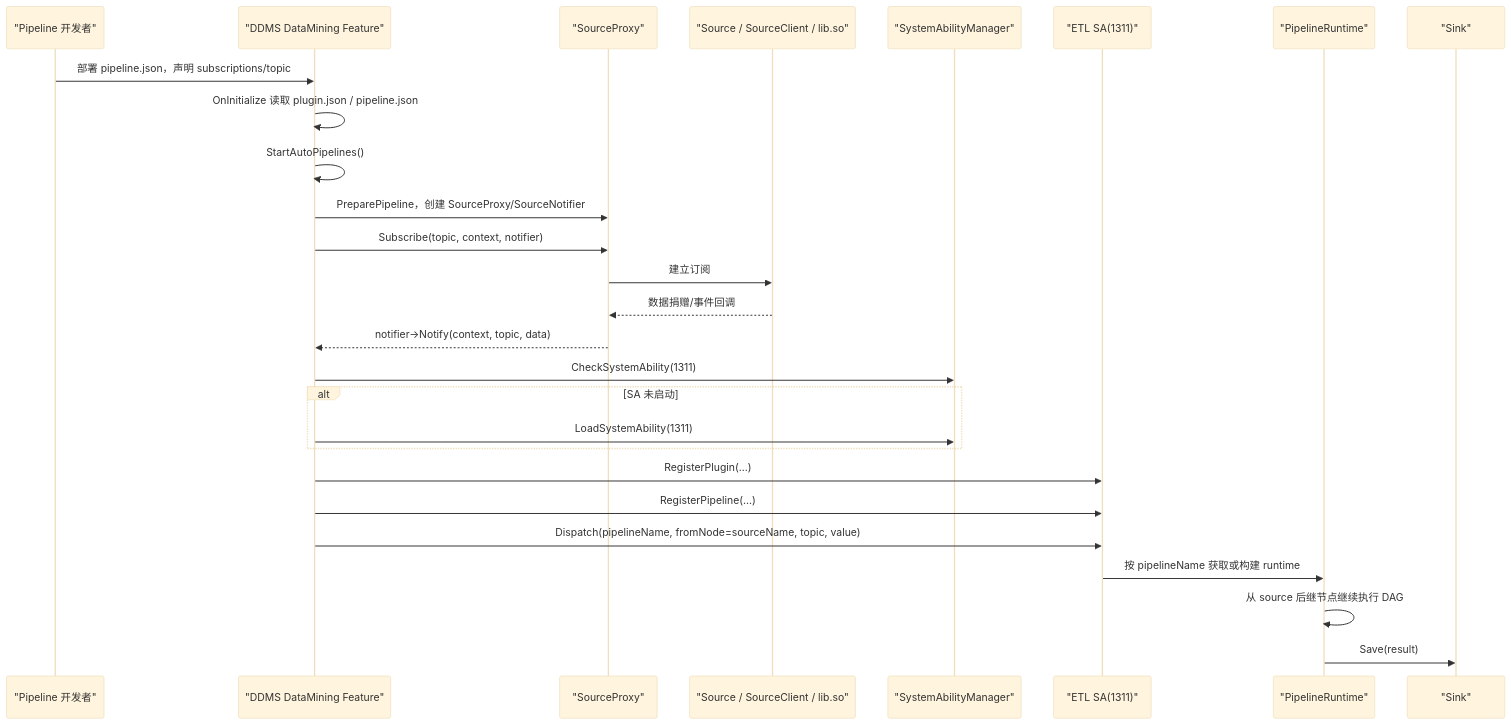
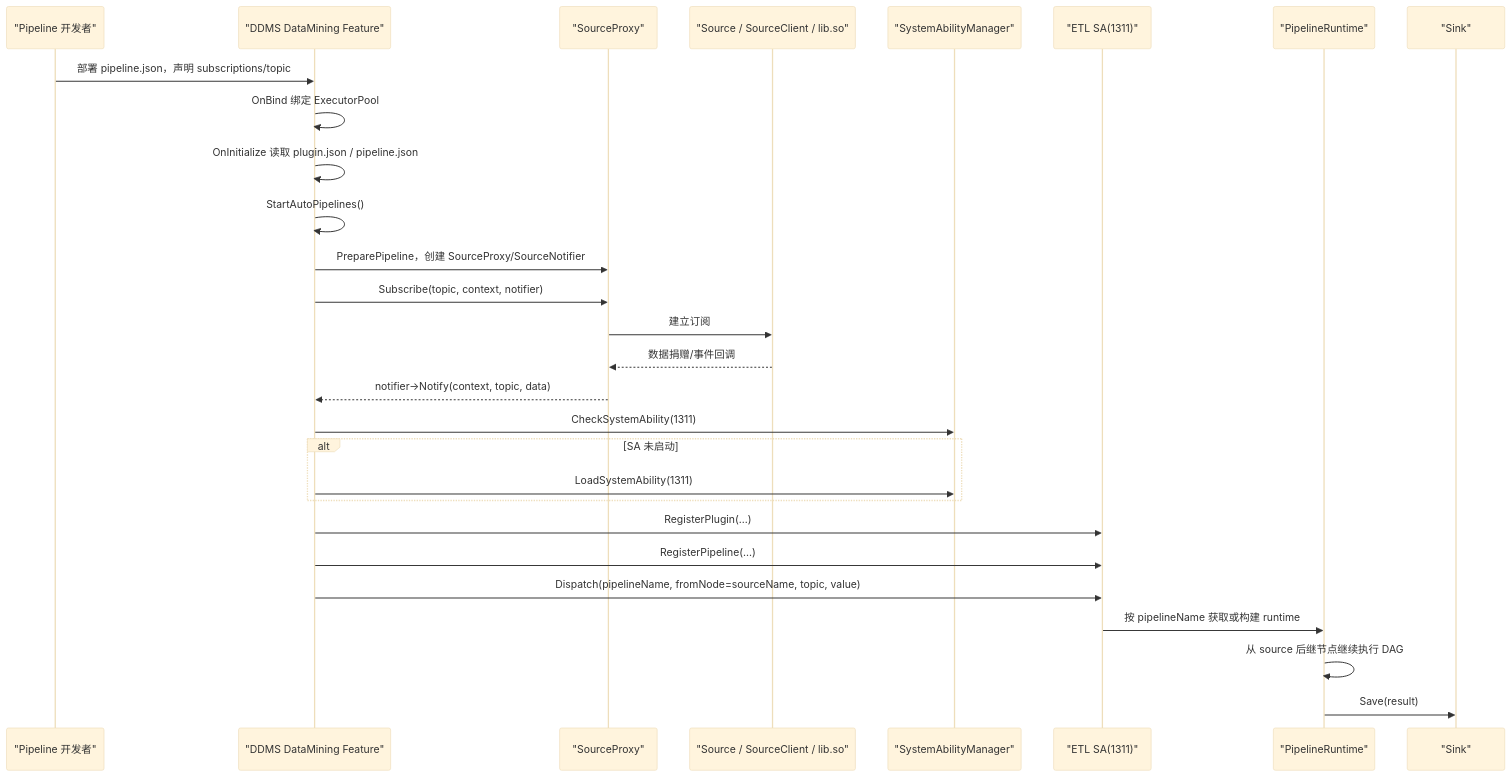
Before and after one commit to eclipse-oniro-mirrors/distributeddatamgr_datamgr_service: the second of 3 diagrams in services/distributeddataservice/service/data_mining/README.md, drawn with Mermaid (base theme). The commit also changed other lines of this file and 1 other file, not shown here.

````diff
--- a/services/distributeddataservice/service/data_mining/README.md
+++ b/services/distributeddataservice/service/data_mining/README.md
@@ -173,30 +176,31 @@
 ```mermaid
 sequenceDiagram
     participant Dev as "Pipeline 开发者"
     participant DDMS as "DDMS DataMining Feature"
     participant Proxy as "SourceProxy"
     participant Source as "Source / SourceClient / lib.so"
     participant SAM as "SystemAbilityManager"
     participant ETL as "ETL SA(1311)"
     participant Runtime as "PipelineRuntime"
     participant Sink as "Sink"
 
     Dev->>DDMS: 部署 pipeline.json，声明 subscriptions/topic
+    DDMS->>DDMS: OnBind 绑定 ExecutorPool
     DDMS->>DDMS: OnInitialize 读取 plugin.json / pipeline.json
     DDMS->>DDMS: StartAutoPipelines()
     DDMS->>Proxy: PreparePipeline，创建 SourceProxy/SourceNotifier
     DDMS->>Proxy: Subscribe(topic, context, notifier)
     Proxy->>Source: 建立订阅
     Source-->>Proxy: 数据捐赠/事件回调
     Proxy-->>DDMS: notifier->Notify(context, topic, data)
     DDMS->>SAM: CheckSystemAbility(1311)
     alt SA 未启动
         DDMS->>SAM: LoadSystemAbility(1311)
     end
     DDMS->>ETL: RegisterPlugin(...)
     DDMS->>ETL: RegisterPipeline(...)
     DDMS->>ETL: Dispatch(pipelineName, fromNode=sourceName, topic, value)
     ETL->>Runtime: 按 pipelineName 获取或构建 runtime
     Runtime->>Runtime: 从 source 后继节点继续执行 DAG
     Runtime->>Sink: Save(result)
 ```
````
